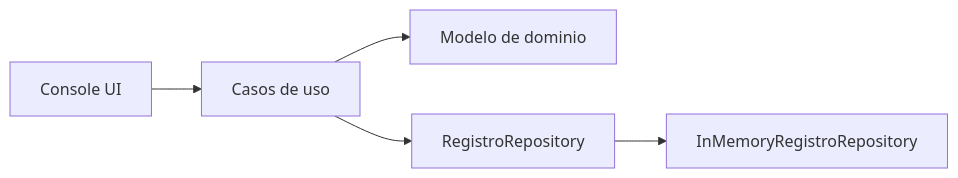
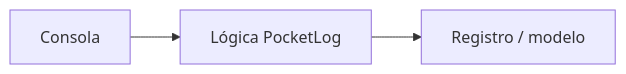
The second of 7 diagrams in docs/PROYECTO-FORMATIVO-TRANSVERSAL.md (cmartinezs/DSY1105-DESARROLLO-APLICACIONES-MOVILES-2026-2), drawn with Mermaid before and after one commit. The commit also changed other lines of this file, not shown here.

Commit message:
docs(dsy1105): formalize guided weekly PocketLog checkpoints

````diff
--- a/docs/PROYECTO-FORMATIVO-TRANSVERSAL.md
+++ b/docs/PROYECTO-FORMATIVO-TRANSVERSAL.md
@@ -123,7 +249,5 @@
 ```mermaid
 flowchart LR
-    CLI[Console UI] --> APP[Casos de uso]
-    APP --> CORE[Modelo de dominio]
-    APP --> REPO[RegistroRepository]
-    REPO --> MEM[InMemoryRegistroRepository]
+    CLI[Consola] --> LOGIC[Lógica PocketLog]
+    LOGIC --> MODEL[Registro / modelo]
 ```
````
